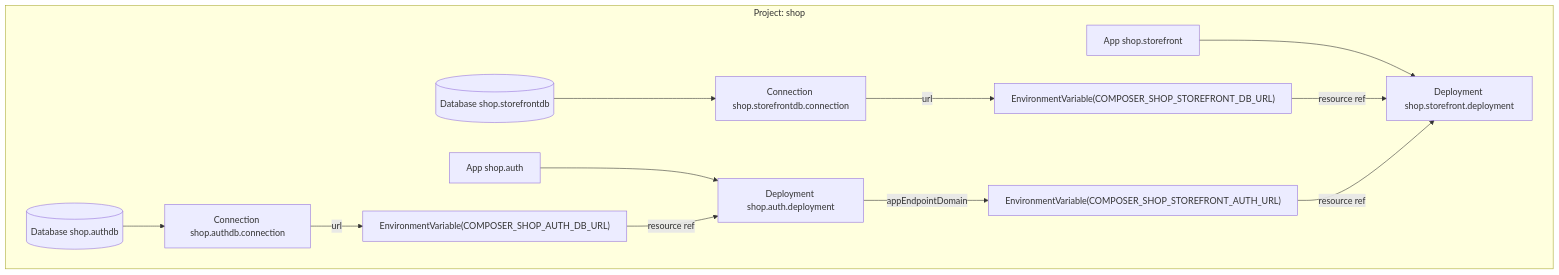
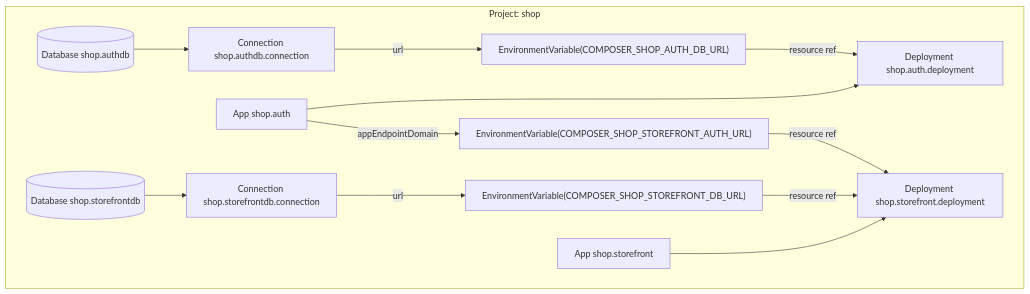
The second of 2 diagrams in docs/design/05-prisma-cloud/alchemy-lowering.md (prisma/composer), drawn with Mermaid before and after one commit. The commit also changed other lines of this file and 10 other files, not shown here.

First line of the commit message:
fix(prisma-cloud): a missing endpoint domain names the service, and the docs say a service's url comes from its App

````diff
--- a/docs/design/05-prisma-cloud/alchemy-lowering.md
+++ b/docs/design/05-prisma-cloud/alchemy-lowering.md
@@ -221,13 +221,13 @@
 ```mermaid
 flowchart TB
   subgraph P [Project: shop]
     DBa[(Database shop.authdb)] --> Ca[Connection shop.authdb.connection] -- url --> EVa["EnvironmentVariable(COMPOSER_SHOP_AUTH_DB_URL)"]
     DBs[(Database shop.storefrontdb)] --> Cs[Connection shop.storefrontdb.connection] -- url --> EVs["EnvironmentVariable(COMPOSER_SHOP_STOREFRONT_DB_URL)"]
     Sa[App shop.auth] --> Da[Deployment shop.auth.deployment]
     Ss[App shop.storefront] --> Ds[Deployment shop.storefront.deployment]
     EVa -- resource ref --> Da
     EVs -- resource ref --> Ds
-    Da -- appEndpointDomain --> EVu["EnvironmentVariable(COMPOSER_SHOP_STOREFRONT_AUTH_URL)"]
+    Sa -- appEndpointDomain --> EVu["EnvironmentVariable(COMPOSER_SHOP_STOREFRONT_AUTH_URL)"]
     EVu -- resource ref --> Ds
   end
 ```
````
